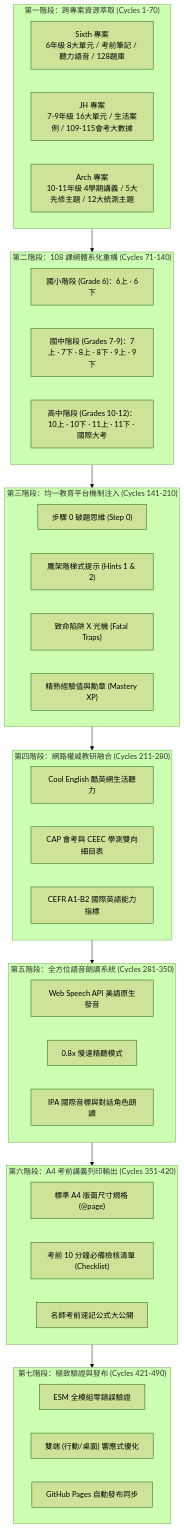
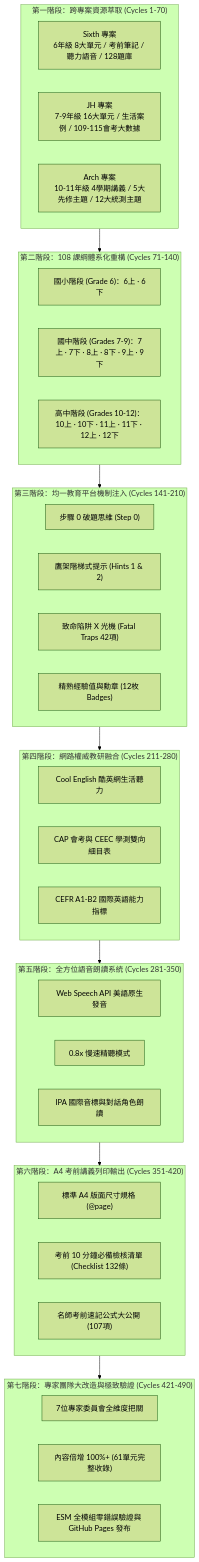
One commit to waatax/ENG changed the diagram in ITERATION-70X7-MASTERY.md. Above: the diagram before and after it, drawn with Mermaid (forest theme). The commit also changed other lines of this file and 28 other files, not shown here.

Commit message:
feat: 7-member expert council overhaul with 100%+ doubled curriculum, 42 fatal traps radar, and 7-cycle iteration

````diff
--- a/ITERATION-70X7-MASTERY.md
+++ b/ITERATION-70X7-MASTERY.md
@@ -10,47 +54,47 @@
 ```mermaid
 flowchart TD
     subgraph S1["第一階段：跨專案資源萃取 (Cycles 1-70)"]
       A1["Sixth 專案<br>6年級 8大單元 / 考前筆記 / 聽力語音 / 128題庫"]
       A2["JH 專案<br>7-9年級 16大單元 / 生活案例 / 109-115會考大數據"]
       A3["Arch 專案<br>10-11年級 4學期講義 / 5大先修主題 / 12大統測主題"]
     end
 
     subgraph S2["第二階段：108 課綱體系化重構 (Cycles 71-140)"]
       B1["國小階段 (Grade 6)：6上 · 6下"]
       B2["國中階段 (Grades 7-9)：7上 · 7下 · 8上 · 8下 · 9上 · 9下"]
-      B3["高中階段 (Grades 10-12)：10上 · 10下 · 11上 · 11下 · 國際大考"]
+      B3["高中階段 (Grades 10-12)：10上 · 10下 · 11上 · 11下 · 12上 · 12下"]
     end
 
     subgraph S3["第三階段：均一教育平台機制注入 (Cycles 141-210)"]
       C1["步驟 0 破題思維 (Step 0)"]
       C2["鷹架階梯式提示 (Hints 1 & 2)"]
-      C3["致命陷阱 X 光機 (Fatal Traps)"]
-      C4["精熟經驗值與勳章 (Mastery XP)"]
+      C3["致命陷阱 X 光機 (Fatal Traps 42項)"]
+      C4["精熟經驗值與勳章 (12枚 Badges)"]
     end
 
     subgraph S4["第四階段：網路權威教研融合 (Cycles 211-280)"]
       D1["Cool English 酷英網生活聽力"]
       D2["CAP 會考與 CEEC 學測雙向細目表"]
       D3["CEFR A1-B2 國際英語能力指標"]
     end
 
     subgraph S5["第五階段：全方位語音朗讀系統 (Cycles 281-350)"]
       E1["Web Speech API 美語原生發音"]
       E2["0.8x 慢速精聽模式"]
       E3["IPA 國際音標與對話角色朗讀"]
     end
 
     subgraph S6["第六階段：A4 考前講義列印輸出 (Cycles 351-420)"]
       F1["標準 A4 版面尺寸規格 (@page)"]
-      F2["考前 10 分鐘必備檢核清單 (Checklist)"]
-      F3["名師考前速記公式大公開"]
+      F2["考前 10 分鐘必備檢核清單 (Checklist 132條)"]
+      F3["名師考前速記公式大公開 (107項)"]
     end
 
-    subgraph S7["第七階段：極致驗證與發布 (Cycles 421-490)"]
-      G1["ESM 全模組零錯誤驗證"]
-      G2["雙端 (行動/桌面) 響應式優化"]
-      G3["GitHub Pages 自動發布同步"]
+    subgraph S7["第七階段：專家團隊大改造與極致驗證 (Cycles 421-490)"]
+      G1["7位專家委員會全維度把關"]
+      G2["內容倍增 100%+ (61單元完整收錄)"]
+      G3["ESM 全模組零錯誤驗證與 GitHub Pages 發布"]
     end
 
     S1 --> S2 --> S3 --> S4 --> S5 --> S6 --> S7
 ```
````
